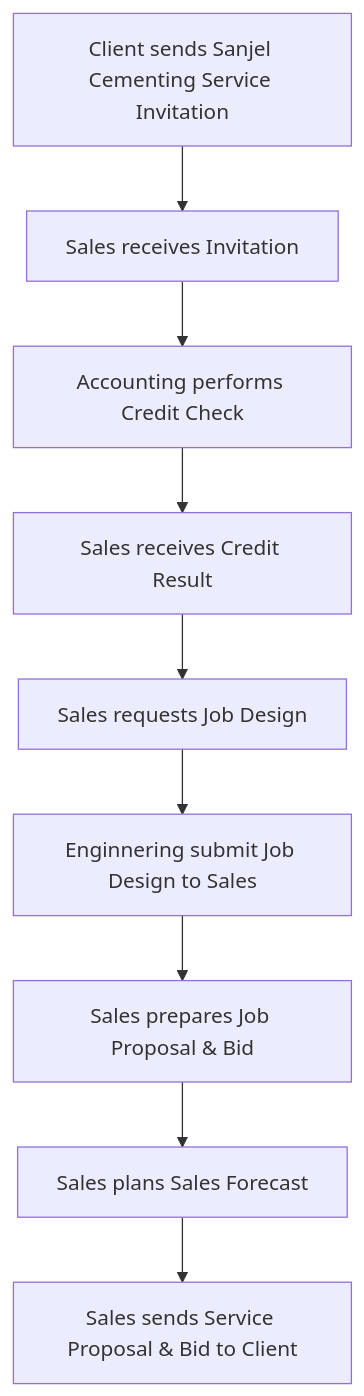
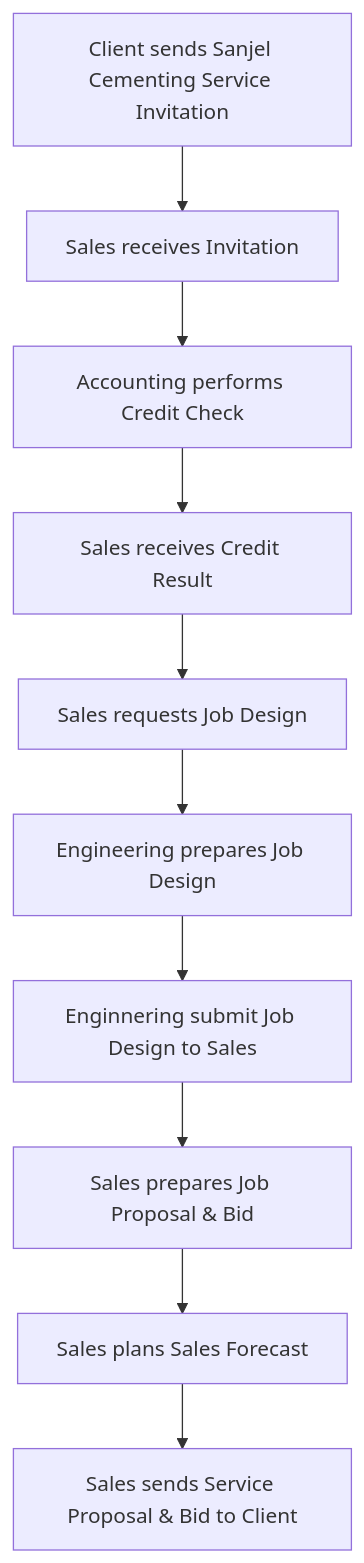
Before and after one commit to Sanjel-Energy-Services/eService_WorkItems: the diagram in Documents/01 - Cementing Service Invitation/process.md, drawn with Mermaid. The commit also changed other lines of this file and 23 other files, not shown here.

````diff
--- a/Documents/01 - Cementing Service Invitation/process.md
+++ b/Documents/01 - Cementing Service Invitation/process.md
@@ -3,11 +3,12 @@
 ```mermaid
 flowchart TD
     A[Client sends Sanjel Cementing Service Invitation] --> B[Sales receives Invitation]
     B --> C[Accounting performs Credit Check]
     C --> D[Sales receives Credit Result]
     D --> E[Sales requests Job Design]
-    E --> G[Enginnering submit Job Design to Sales]
+    E-->E1[Engineering prepares Job Design]
+    E1 --> G[Enginnering submit Job Design to Sales]
     G --> H[Sales prepares Job Proposal & Bid]
     H --> I[Sales plans Sales Forecast]
     I --> J[Sales sends Service Proposal & Bid to Client]
 ```
````
